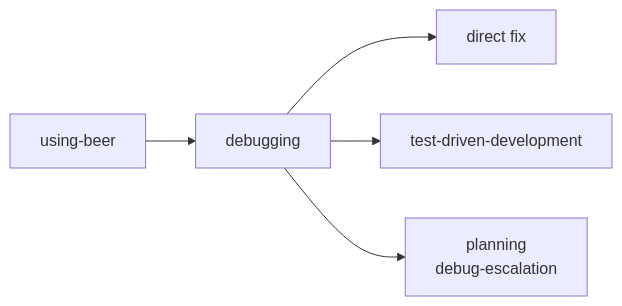
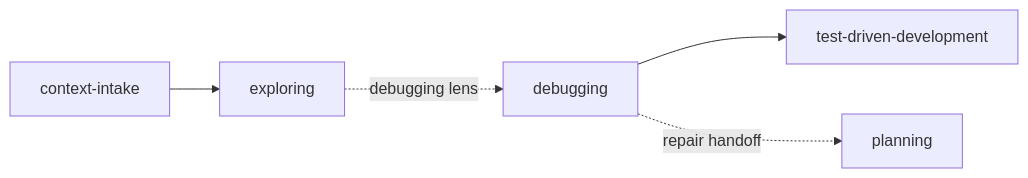
Before and after one commit to Huy-04/beer-skills: the second of 2 diagrams in skills/workflow/README.md, drawn with Mermaid. The commit also changed other lines of this file and 50 other files, not shown here.

````diff
--- a/skills/workflow/README.md
+++ b/skills/workflow/README.md
@@ -33,7 +32,7 @@
 ```mermaid
 flowchart LR
-    UB[using-beer] --> DB[debugging]
-    DB --> DF[direct fix]
+    CC[context-intake] --> EX[exploring]
+    EX -. debugging lens .-> DB[debugging]
     DB --> TDD[test-driven-development]
-    DB --> PL[planning<br/>debug-escalation]
+    DB -. repair handoff .-> PL[planning]
 ```
````
